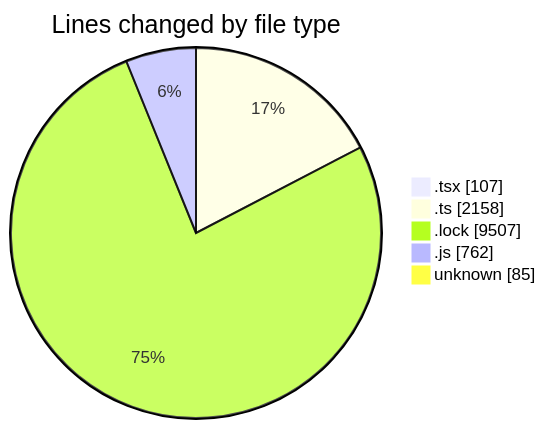
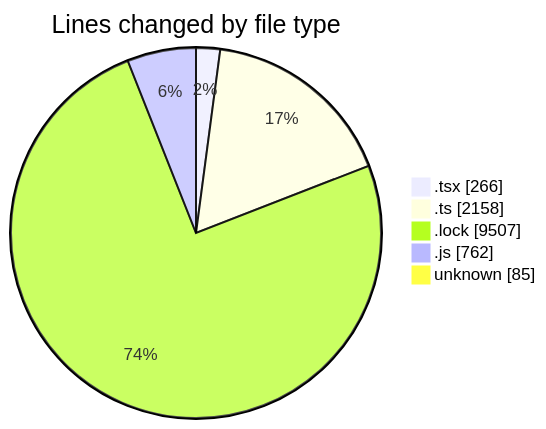
Before and after one commit to momahboobian/code-tracking: the first of 2 diagrams in 2026-02-18/cda/README.md, drawn with Mermaid. The commit also changed other lines of this file and 1 other file, not shown here.

````diff
--- a/2026-02-18/cda/README.md
+++ b/2026-02-18/cda/README.md
@@ -28,9 +29,9 @@
 ```mermaid
 pie showData
 title Lines changed by file type
-".tsx" : 107
+".tsx" : 266
 ".ts" : 2158
 ".lock" : 9507
 ".js" : 762
 "unknown" : 85
 ```
````
